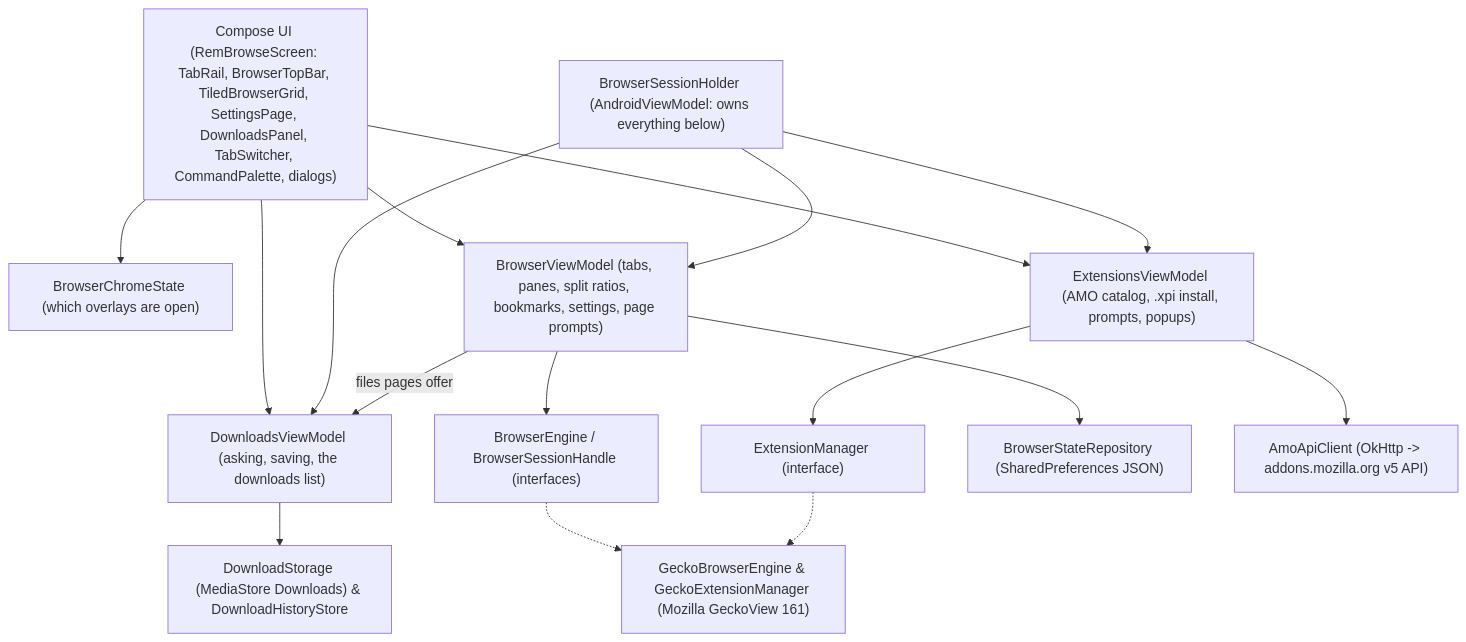
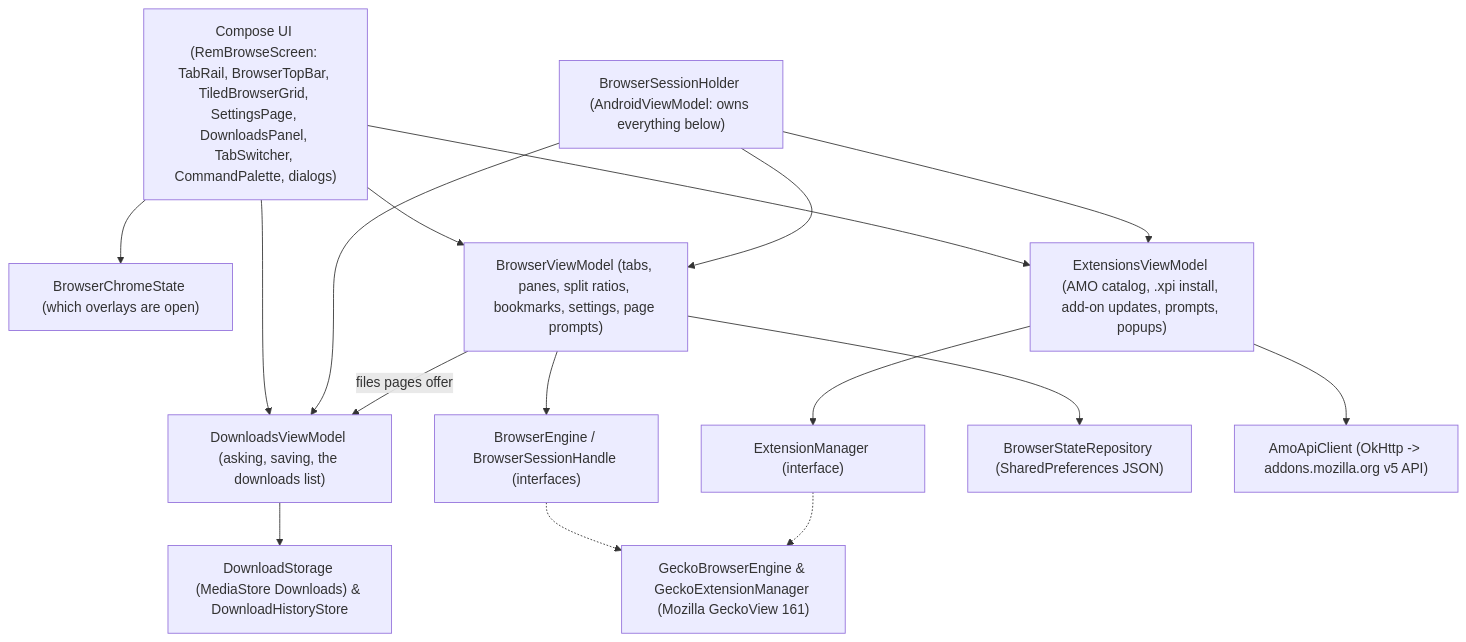
Before and after one commit to sakifmostafa/RemBrowse: the first of 2 diagrams in docs/ARCHITECTURE.md, drawn with Mermaid. The commit also changed other lines of this file and 22 other files, not shown here.

````diff
--- a/docs/ARCHITECTURE.md
+++ b/docs/ARCHITECTURE.md
@@ -7,31 +7,31 @@
 ```mermaid
 flowchart TD
     UI["Compose UI (RemBrowseScreen: TabRail, BrowserTopBar, TiledBrowserGrid, SettingsPage, DownloadsPanel, TabSwitcher, CommandPalette, dialogs)"]
     CHROME["BrowserChromeState (which overlays are open)"]
     HOLDER["BrowserSessionHolder (AndroidViewModel: owns everything below)"]
     BVM["BrowserViewModel (tabs, panes, split ratios, bookmarks, settings, page prompts)"]
-    EVM["ExtensionsViewModel (AMO catalog, .xpi install, prompts, popups)"]
+    EVM["ExtensionsViewModel (AMO catalog, .xpi install, add-on updates, prompts, popups)"]
     DVM["DownloadsViewModel (asking, saving, the downloads list)"]
     DSTORE["DownloadStorage (MediaStore Downloads) & DownloadHistoryStore"]
     BE["BrowserEngine / BrowserSessionHandle (interfaces)"]
     EM["ExtensionManager (interface)"]
     REPO["BrowserStateRepository (SharedPreferences JSON)"]
     AMO["AmoApiClient (OkHttp -> addons.mozilla.org v5 API)"]
     GECKO["GeckoBrowserEngine & GeckoExtensionManager (Mozilla GeckoView 161)"]
 
     UI --> BVM
     UI --> EVM
     UI --> DVM
     UI --> CHROME
     HOLDER --> BVM
     HOLDER --> EVM
     HOLDER --> DVM
     BVM -- "files pages offer" --> DVM
     DVM --> DSTORE
     BVM --> BE
     BVM --> REPO
     EVM --> EM
     EVM --> AMO
     BE -.-> GECKO
     EM -.-> GECKO
 ```
````
